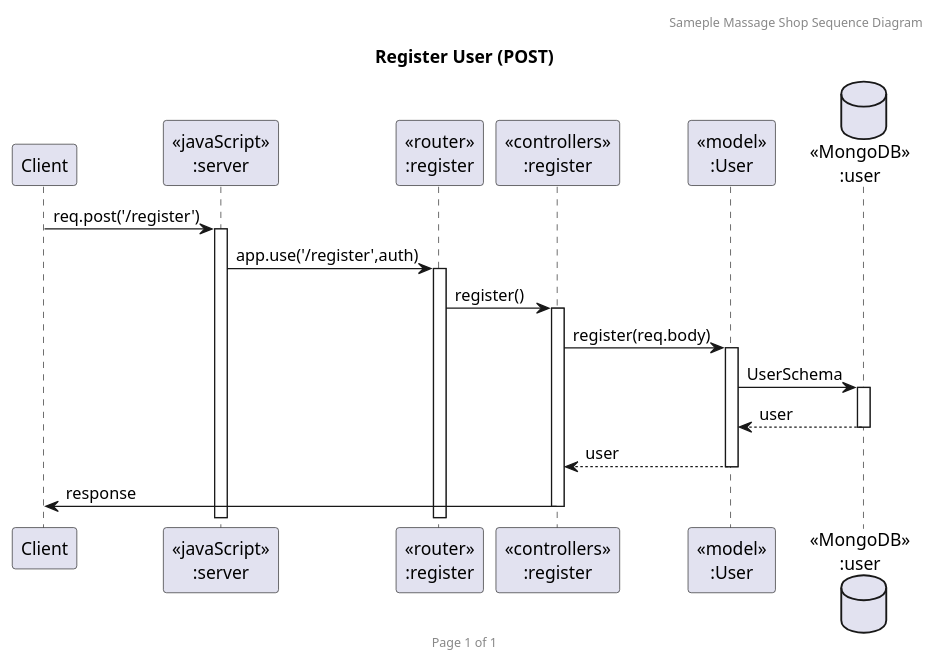
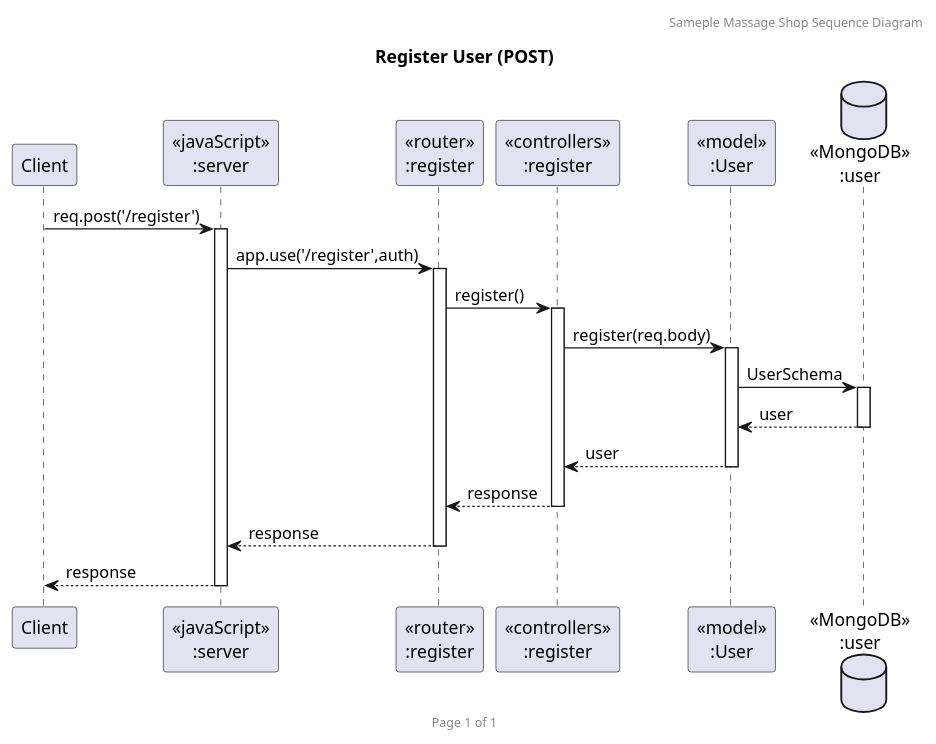
The diagram in MassageSequence_register.puml (BabeTanya/massage-catherine), drawn with PlantUML before and after one commit. The commit also changed 3 other files, not shown here.

Commit message:
Revise sequence diagram auth

```diff
--- a/MassageSequence_register.puml
+++ b/MassageSequence_register.puml
@@ -1,23 +1,25 @@
 @startuml Register User (POST)
 
 header Sameple Massage Shop Sequence Diagram
 footer Page %page% of %lastpage%
 title "Register User (POST)"
 
 participant "Client" as client
 participant "<<javaScript>>\n:server" as server
 participant "<<router>>\n:register" as routerRegister
 participant "<<controllers>>\n:register" as controllersRegister
 participant "<<model>>\n:User" as modelUser
 database "<<MongoDB>>\n:user" as UserDatabase
 
 client->server ++:req.post('/register')
 server->routerRegister ++:app.use('/register',auth)
 routerRegister -> controllersRegister ++:register()
 controllersRegister->modelUser ++:register(req.body)
 modelUser ->UserDatabase ++: UserSchema
 UserDatabase --> modelUser --: user
 controllersRegister <-- modelUser --:user
-controllersRegister->client --:response
+routerRegister <-- controllersRegister --:response
+server <-- routerRegister --:response
+client <-- server --:response
 
 @enduml
```
